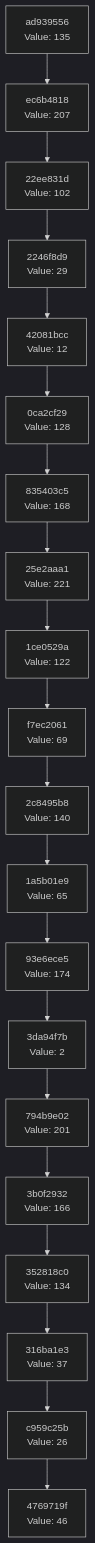
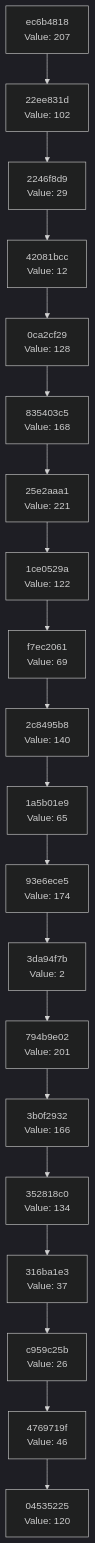
One commit to Abhisheksinha1506/hash-chain-evolver changed the diagram in docs/CHAIN_VISUALIZATION.md. Above: the diagram before and after it, drawn with Mermaid (dark theme). The commit also changed 3 other files, not shown here.

````diff
--- a/docs/CHAIN_VISUALIZATION.md
+++ b/docs/CHAIN_VISUALIZATION.md
@@ -3,42 +3,42 @@
 ```mermaid
 graph TD
-    C0["4769719f<br/>Value: 46"]
-    C1["c959c25b<br/>Value: 26"]
+    C0["04535225<br/>Value: 120"]
+    C1["4769719f<br/>Value: 46"]
     C1 --> C0
-    C2["316ba1e3<br/>Value: 37"]
+    C2["c959c25b<br/>Value: 26"]
     C2 --> C1
-    C3["352818c0<br/>Value: 134"]
+    C3["316ba1e3<br/>Value: 37"]
     C3 --> C2
-    C4["3b0f2932<br/>Value: 166"]
+    C4["352818c0<br/>Value: 134"]
     C4 --> C3
-    C5["794b9e02<br/>Value: 201"]
+    C5["3b0f2932<br/>Value: 166"]
     C5 --> C4
-    C6["3da94f7b<br/>Value: 2"]
+    C6["794b9e02<br/>Value: 201"]
     C6 --> C5
-    C7["93e6ece5<br/>Value: 174"]
+    C7["3da94f7b<br/>Value: 2"]
     C7 --> C6
-    C8["1a5b01e9<br/>Value: 65"]
+    C8["93e6ece5<br/>Value: 174"]
     C8 --> C7
-    C9["2c8495b8<br/>Value: 140"]
+    C9["1a5b01e9<br/>Value: 65"]
     C9 --> C8
-    C10["f7ec2061<br/>Value: 69"]
+    C10["2c8495b8<br/>Value: 140"]
     C10 --> C9
-    C11["1ce0529a<br/>Value: 122"]
+    C11["f7ec2061<br/>Value: 69"]
     C11 --> C10
-    C12["25e2aaa1<br/>Value: 221"]
+    C12["1ce0529a<br/>Value: 122"]
     C12 --> C11
-    C13["835403c5<br/>Value: 168"]
+    C13["25e2aaa1<br/>Value: 221"]
     C13 --> C12
-    C14["0ca2cf29<br/>Value: 128"]
+    C14["835403c5<br/>Value: 168"]
     C14 --> C13
-    C15["42081bcc<br/>Value: 12"]
+    C15["0ca2cf29<br/>Value: 128"]
     C15 --> C14
-    C16["2246f8d9<br/>Value: 29"]
+    C16["42081bcc<br/>Value: 12"]
     C16 --> C15
-    C17["22ee831d<br/>Value: 102"]
+    C17["2246f8d9<br/>Value: 29"]
     C17 --> C16
-    C18["ec6b4818<br/>Value: 207"]
+    C18["22ee831d<br/>Value: 102"]
     C18 --> C17
-    C19["ad939556<br/>Value: 135"]
+    C19["ec6b4818<br/>Value: 207"]
     C19 --> C18
 ```
````
